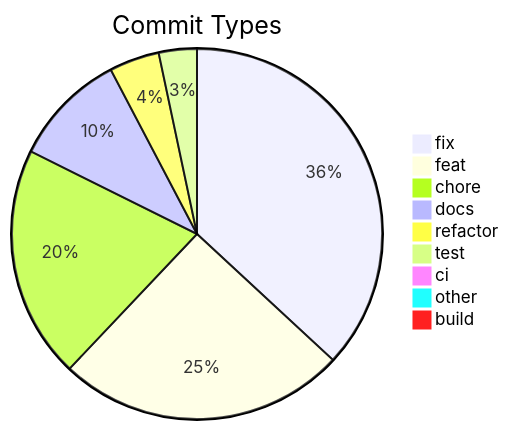
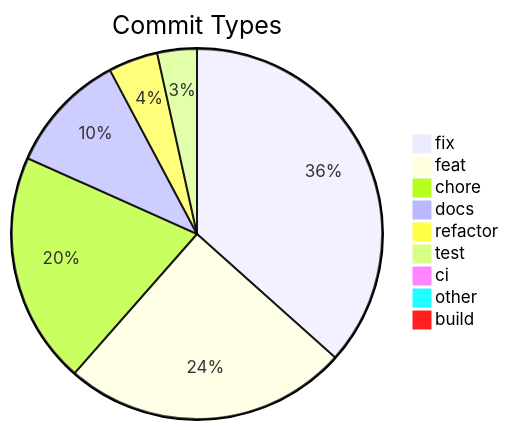
Before and after one commit to svenroth-ai/shipwright-webui: the diagram in .shipwright/compliance/change-history.md, drawn with Mermaid. The commit also changed other lines of this file and 17 other files, not shown here.

````diff
--- a/.shipwright/compliance/change-history.md
+++ b/.shipwright/compliance/change-history.md
@@ -8,12 +8,12 @@
 ```mermaid
 pie title Commit Types
-    "fix" : 211
+    "fix" : 212
     "feat" : 144
-    "chore" : 116
-    "docs" : 57
+    "chore" : 117
+    "docs" : 61
     "refactor" : 25
-    "test" : 19
+    "test" : 20
     "ci" : 5
     "other" : 4
     "build" : 1
 ```
````
